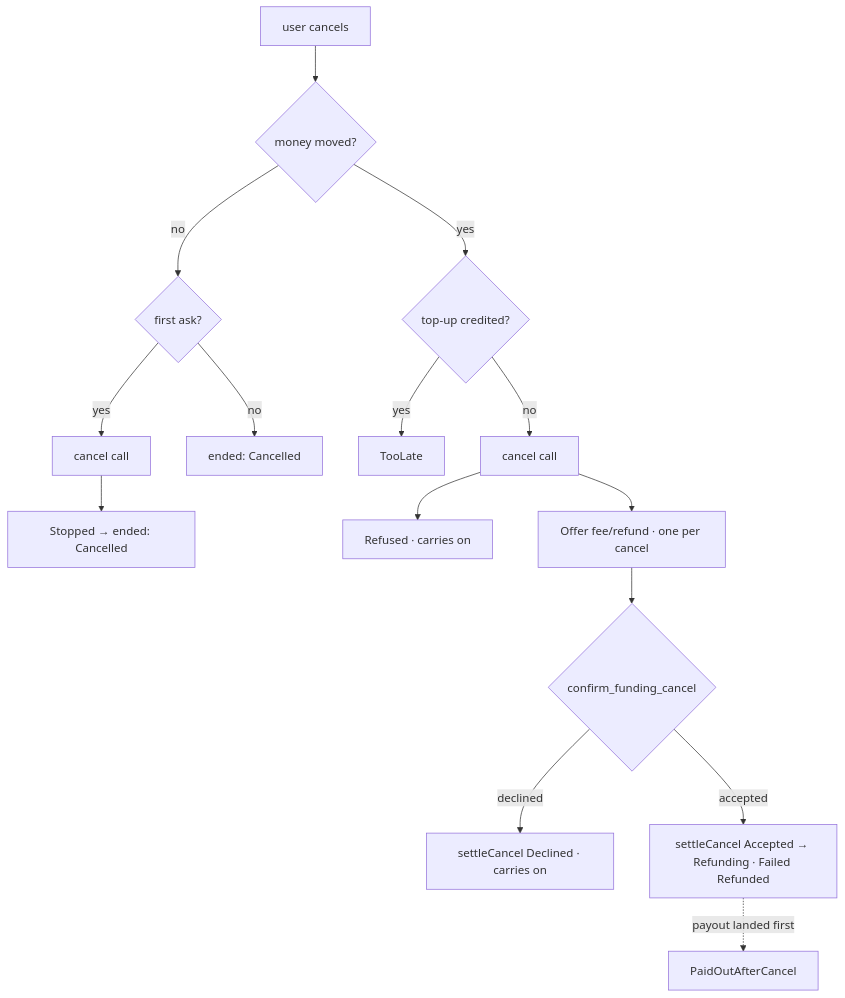
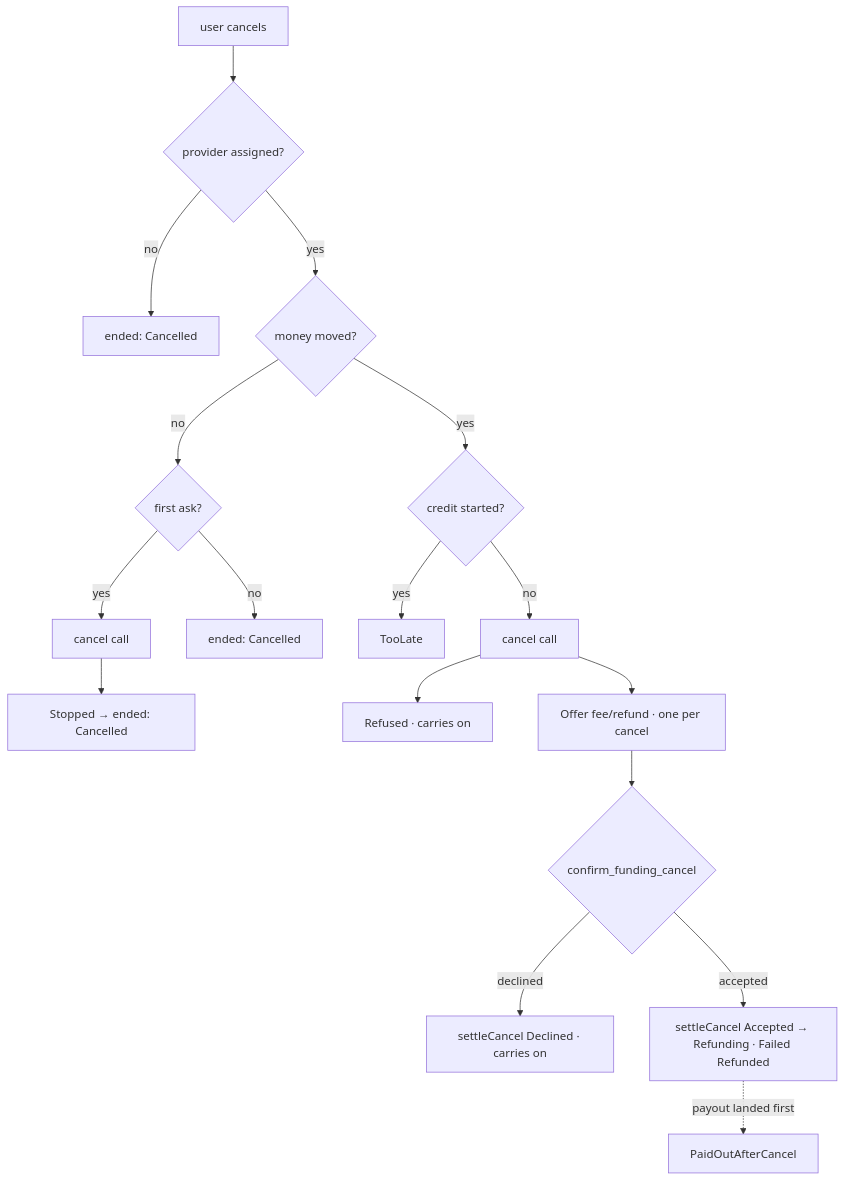
One commit to paritytech/trinity-user-agents changed the sixth of 8 diagrams in docs/design/funding-modality.md. Above: the diagram before and after it, drawn with Mermaid. The commit also changed other lines of this file, not shown here.

````diff
--- a/docs/design/funding-modality.md
+++ b/docs/design/funding-modality.md
@@ -154,16 +160,18 @@
 ```mermaid
 flowchart TD
-  c[user cancels] --> mm{money moved?}
+  c[user cancels] --> assigned{provider assigned?}
+  assigned -- no --> none[ended: Cancelled]
+  assigned -- yes --> mm{money moved?}
   mm -- no --> first{first ask?}
   first -- yes --> ask[cancel call] --> stopped[Stopped → ended: Cancelled]
   first -- no --> ended[ended: Cancelled]
-  mm -- yes --> late{top-up credited?}
+  mm -- yes --> late{credit started?}
   late -- yes --> toolate[TooLate]
   late -- no --> req[cancel call]
   req --> refused[Refused · carries on]
   req --> offer[Offer fee/refund · one per cancel]
   offer --> confirm{confirm_funding_cancel}
   confirm -- declined --> on[settleCancel Declined · carries on]
   confirm -- accepted --> refund[settleCancel Accepted → Refunding · Failed Refunded]
   refund -. payout landed first .-> paid[PaidOutAfterCancel]
 ```
````
